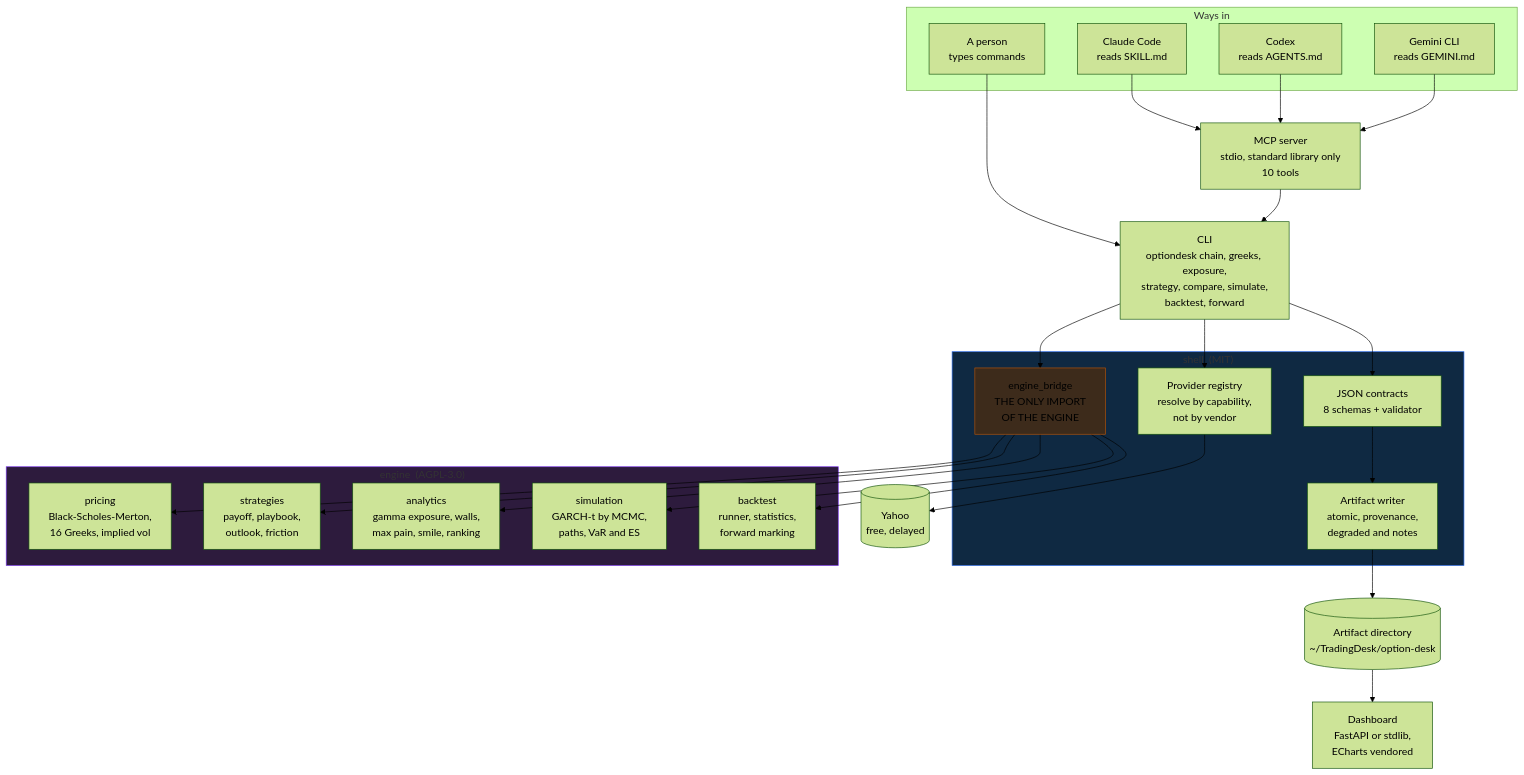
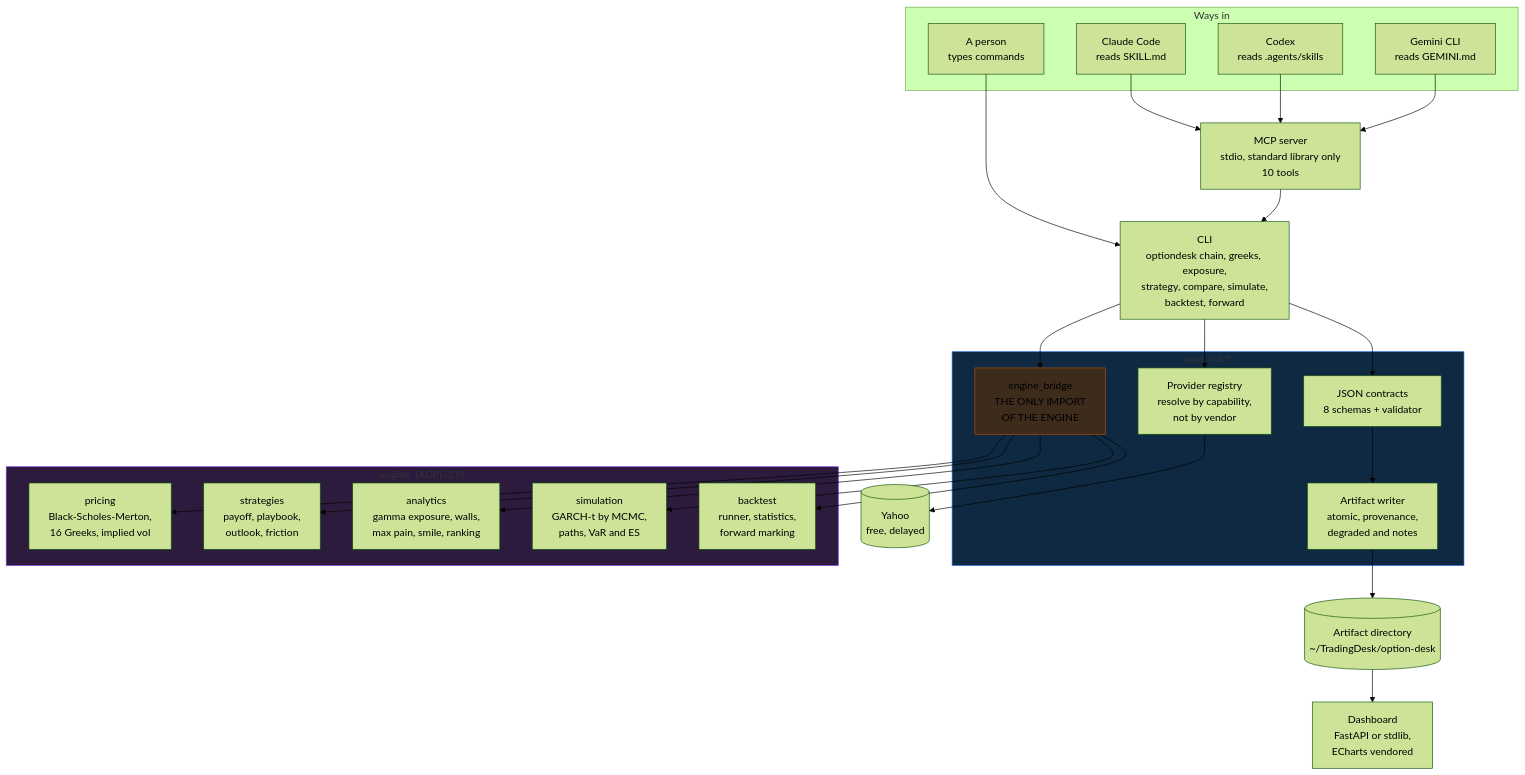
The first of 7 diagrams in README.md (Iman/agent-driven-options-desk-and-skills), drawn with Mermaid (forest theme) before and after one commit. The commit also changed other lines of this file and 55 other files, not shown here.

````diff
--- a/README.md
+++ b/README.md
@@ -180,53 +196,53 @@
 ```mermaid
 flowchart TB
     subgraph clients["Ways in"]
         claude["Claude Code<br/>reads SKILL.md"]
-        codex["Codex<br/>reads AGENTS.md"]
+        codex["Codex<br/>reads .agents/skills"]
         gemini["Gemini CLI<br/>reads GEMINI.md"]
         human["A person<br/>types commands"]
     end
 
     mcp["MCP server<br/>stdio, standard library only<br/>10 tools"]
     cli["CLI<br/>optiondesk chain, greeks, exposure,<br/>strategy, compare, simulate,<br/>backtest, forward"]
 
     subgraph shell["shell &nbsp;(MIT)"]
         providers["Provider registry<br/>resolve by capability,<br/>not by vendor"]
         contracts["JSON contracts<br/>8 schemas + validator"]
         artifacts["Artifact writer<br/>atomic, provenance,<br/>degraded and notes"]
         bridge["engine_bridge<br/>THE ONLY IMPORT<br/>OF THE ENGINE"]
     end
 
     subgraph engine["engine &nbsp;(AGPL-3.0)"]
         pricing["pricing<br/>Black-Scholes-Merton,<br/>16 Greeks, implied vol"]
         strategies["strategies<br/>payoff, playbook,<br/>outlook, friction"]
         analytics["analytics<br/>gamma exposure, walls,<br/>max pain, smile, ranking"]
         simulation["simulation<br/>GARCH-t by MCMC,<br/>paths, VaR and ES"]
         backtest["backtest<br/>runner, statistics,<br/>forward marking"]
     end
 
     yahoo[("Yahoo<br/>free, delayed")]
     disk[("Artifact directory<br/>~/TradingDesk/option-desk")]
     dash["Dashboard<br/>FastAPI or stdlib,<br/>ECharts vendored"]
 
     claude --> mcp
     codex --> mcp
     gemini --> mcp
     human --> cli
     mcp --> cli
     cli --> providers
     cli --> bridge
     providers --> yahoo
     bridge --> pricing
     bridge --> strategies
     bridge --> analytics
     bridge --> simulation
     bridge --> backtest
     cli --> contracts
     contracts --> artifacts
     artifacts --> disk
     disk --> dash
 
     style engine fill:#2d1b3d,stroke:#7c3aed
     style shell fill:#0f2942,stroke:#2f6feb
     style bridge fill:#3d2b1b,stroke:#b45309
 ```
````
